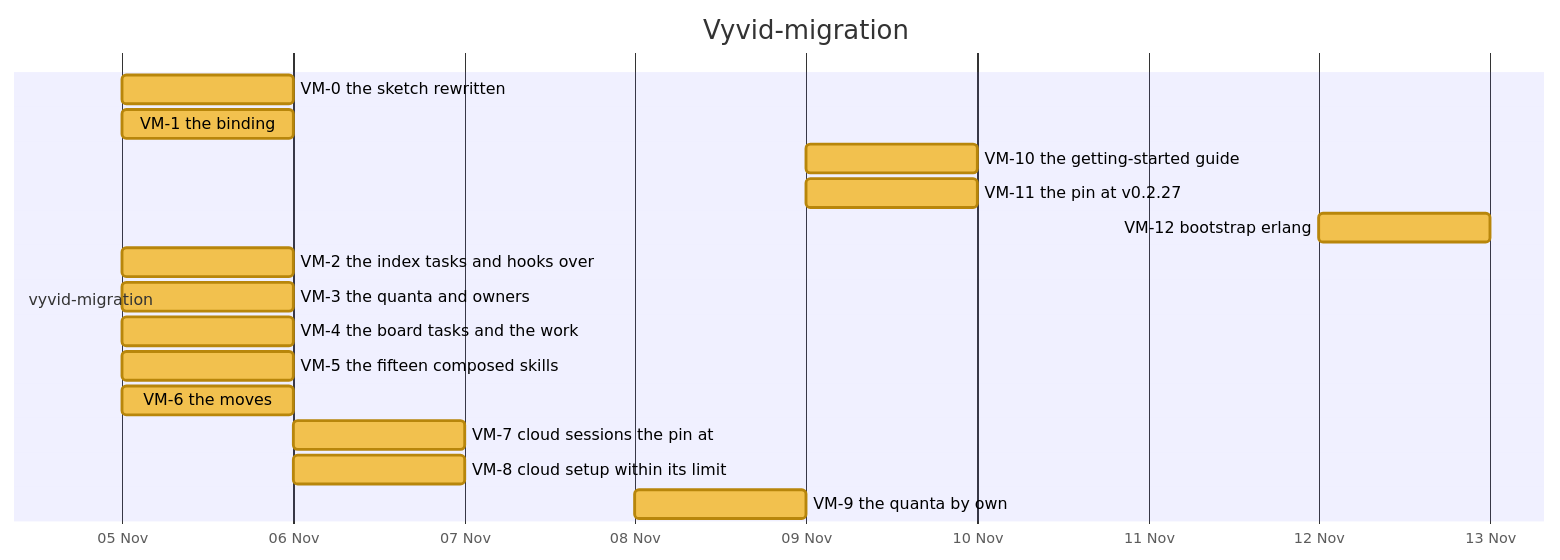
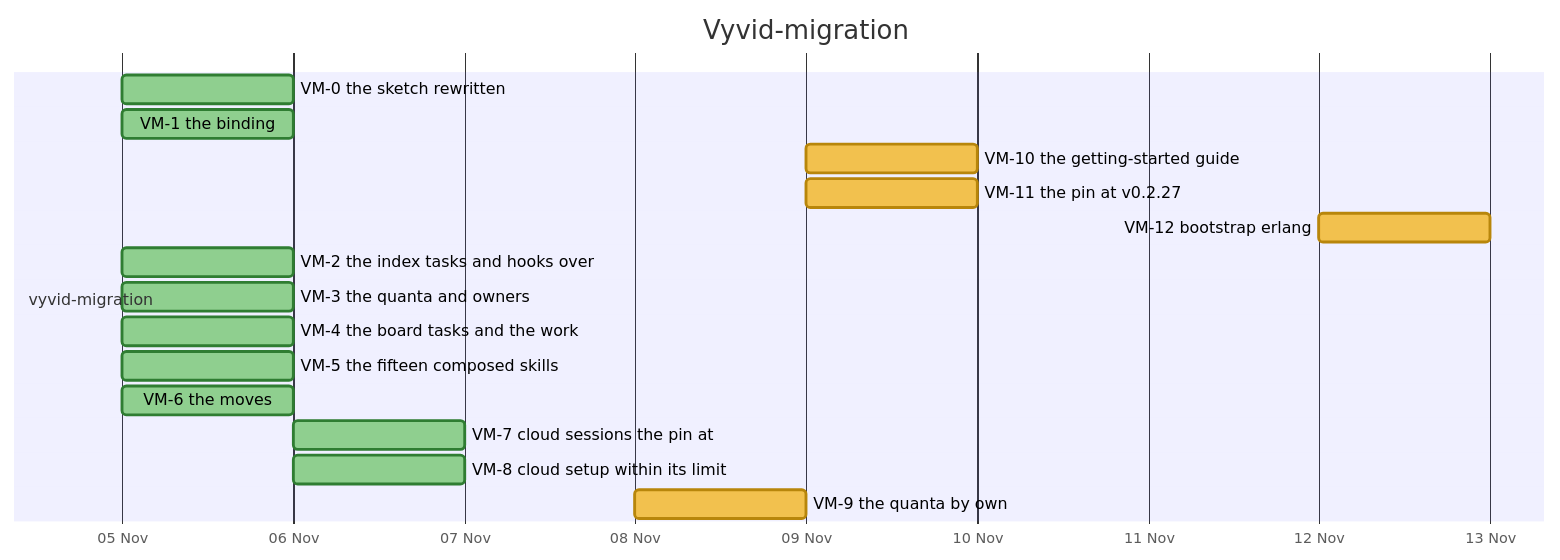
Before and after one commit to nebularis/lattice: diagram 18 of 32 in docs/developer/ROADMAP.md, drawn with Mermaid. The commit also changed other lines of this file and 15 other files, not shown here.

````diff
--- a/docs/developer/ROADMAP.md
+++ b/docs/developer/ROADMAP.md
@@ -506,21 +506,21 @@
 ```mermaid
 %%{init: {"themeVariables": {"taskBkgColor": "#f2c14e", "taskBorderColor": "#b8860b", "taskTextColor": "#000000", "activeTaskBkgColor": "#4e9af1", "activeTaskBorderColor": "#1f5fbf", "activeTaskBorderColor": "#1f5fbf", "doneTaskBkgColor": "#8fcf8f", "doneTaskBorderColor": "#2f7d32", "critBkgColor": "#f28b82", "critBorderColor": "#b23a30", "taskTextDarkColor": "#000000", "taskTextLightColor": "#000000"}}}%%
 gantt
     title Vyvid-migration
     dateFormat YYYY-MM-DD
     axisFormat %d %b
     section vyvid-migration
-    VM-0 the sketch rewritten :vm0, 2026-11-05, 2026-11-06
-    VM-1 the binding :vm1, 2026-11-05, 2026-11-06
+    VM-0 the sketch rewritten :done, vm0, 2026-11-05, 2026-11-06
+    VM-1 the binding :done, vm1, 2026-11-05, 2026-11-06
     VM-10 the getting-started guide :vm10, 2026-11-09, 2026-11-10
     VM-11 the pin at v0.2.27 :vm11, 2026-11-09, 2026-11-10
     VM-12 bootstrap erlang :vm12, 2026-11-12, 2026-11-13
-    VM-2 the index tasks and hooks over :vm2, 2026-11-05, 2026-11-06
-    VM-3 the quanta and owners :vm3, 2026-11-05, 2026-11-06
-    VM-4 the board tasks and the work :vm4, 2026-11-05, 2026-11-06
-    VM-5 the fifteen composed skills :vm5, 2026-11-05, 2026-11-06
-    VM-6 the moves :vm6, 2026-11-05, 2026-11-06
-    VM-7 cloud sessions the pin at :vm7, 2026-11-06, 2026-11-07
-    VM-8 cloud setup within its limit :vm8, 2026-11-06, 2026-11-07
+    VM-2 the index tasks and hooks over :done, vm2, 2026-11-05, 2026-11-06
+    VM-3 the quanta and owners :done, vm3, 2026-11-05, 2026-11-06
+    VM-4 the board tasks and the work :done, vm4, 2026-11-05, 2026-11-06
+    VM-5 the fifteen composed skills :done, vm5, 2026-11-05, 2026-11-06
+    VM-6 the moves :done, vm6, 2026-11-05, 2026-11-06
+    VM-7 cloud sessions the pin at :done, vm7, 2026-11-06, 2026-11-07
+    VM-8 cloud setup within its limit :done, vm8, 2026-11-06, 2026-11-07
     VM-9 the quanta by own :vm9, 2026-11-08, 2026-11-09
 ```
````
